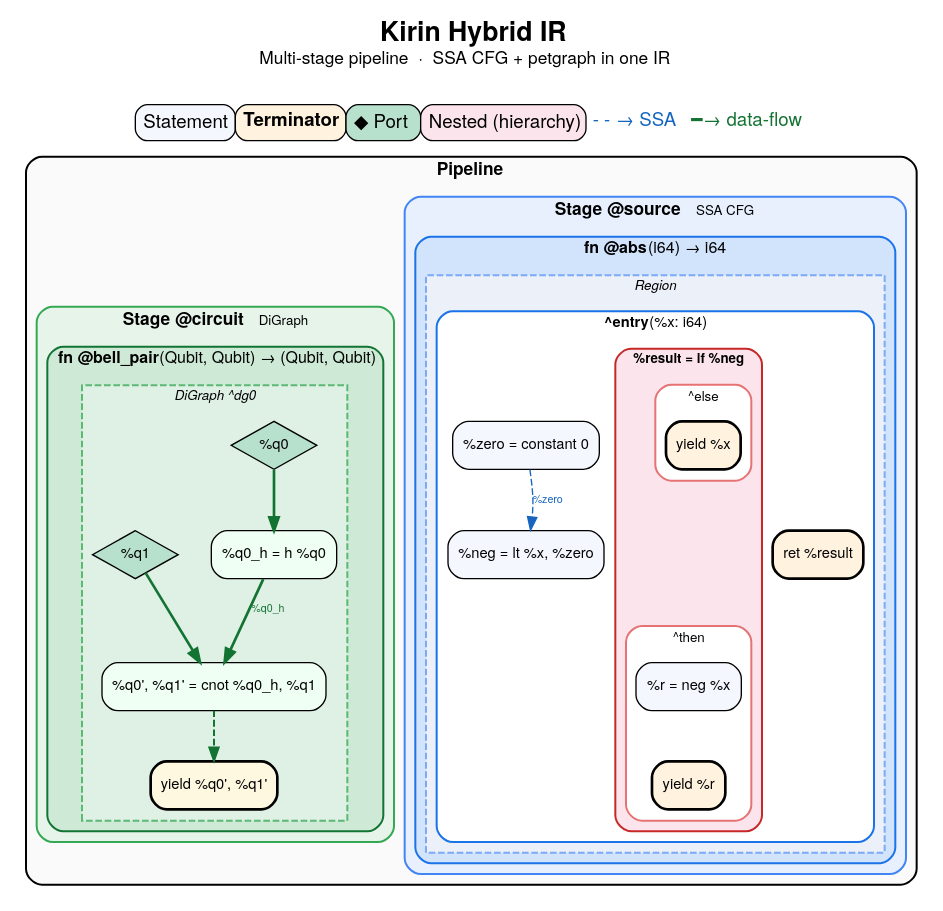
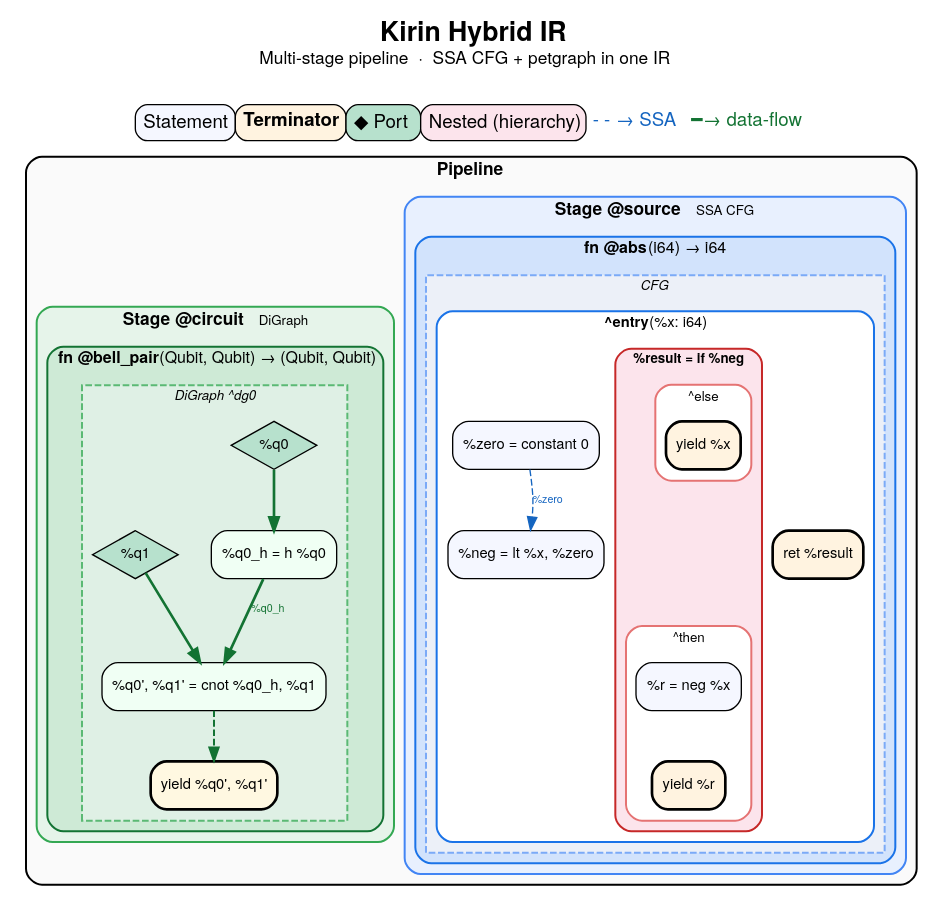
One commit to QuEraComputing/kirin changed the diagram in docs/design/hybrid_ir_visualization.dot. Above: the diagram before and after it, drawn with Graphviz. The commit also changed 129 other files, not shown here.

Commit message:
Refactor terminology from Region to Cfg across the codebase

```diff
--- a/docs/design/hybrid_ir_visualization.dot
+++ b/docs/design/hybrid_ir_visualization.dot
@@ -1,171 +1,171 @@
 // Kirin Hybrid IR — slide version
 // Render: dot -Tsvg docs/design/hybrid_ir_visualization.dot -o docs/design/hybrid_ir_visualization.svg
 //     or: dot -Tpng docs/design/hybrid_ir_visualization.dot -o docs/design/hybrid_ir_visualization.png -Gdpi=200
 digraph kirin {
     compound=true
     rankdir=TB
     fontname="Helvetica Neue"
     fontsize=14
     node [fontname="Helvetica Neue" fontsize=11]
     edge [fontname="Helvetica Neue" fontsize=9]
     newrank=true
     nodesep=0.35
     ranksep=0.5
     bgcolor="white"
 
     label=<
 <TABLE BORDER="0" CELLBORDER="0" CELLSPACING="0" CELLPADDING="0">
   <TR><TD><FONT POINT-SIZE="20"><B>Kirin Hybrid IR</B></FONT></TD></TR>
   <TR><TD><FONT POINT-SIZE="13" COLOR="#555">Multi-stage pipeline  ·  SSA CFG + petgraph in one IR</FONT></TD></TR>
   <TR><TD CELLPADDING="6"> </TD></TR>
   <TR><TD>
     <TABLE BORDER="0" CELLBORDER="1" CELLSPACING="0" CELLPADDING="5" COLOR="#ccc">
       <TR>
         <TD BGCOLOR="#f5f7ff" STYLE="ROUNDED">Statement</TD>
         <TD BGCOLOR="#fff3e0" STYLE="ROUNDED"><B>Terminator</B></TD>
         <TD BGCOLOR="#b7e1cd" STYLE="ROUNDED">◆ Port</TD>
         <TD BGCOLOR="#fce4ec" STYLE="ROUNDED">Nested (hierarchy)</TD>
         <TD BORDER="0"><FONT COLOR="#1565c0">- - → SSA</FONT>   <FONT COLOR="#137333">━→ data-flow</FONT></TD>
       </TR>
     </TABLE>
   </TD></TR>
 </TABLE>
 >
     labelloc=t
 
     // ==== PIPELINE ====
     subgraph cluster_pipeline {
         label=<<B>Pipeline</B>>
         style=rounded
         color="#bbb"
         bgcolor="#fafafa"
         penwidth=1.5
         fontsize=13
 
         // ==== STAGE @source ====
         subgraph cluster_source {
             label=<<FONT POINT-SIZE="13"><B>Stage @source</B></FONT>  <FONT POINT-SIZE="10" COLOR="#666">SSA CFG</FONT>>
             style="rounded,filled"
             fillcolor="#e8f0fe"
             color="#4285f4"
             penwidth=1.5
 
             subgraph cluster_fn_abs {
                 label=<<B>fn @abs</B>(i64) → i64>
                 style="rounded,filled"
                 fillcolor="#d2e3fc"
                 color="#1a73e8"
                 fontsize=12
 
-                subgraph cluster_region {
-                    label=<<I>Region</I>>
+                subgraph cluster_cfg {
+                    label=<<I>CFG</I>>
                     style="dashed,filled"
                     fillcolor="#ecf0f8"
                     color="#7baaf7"
                     fontsize=10
 
                     subgraph cluster_entry {
                         label=<<B>^entry</B>(%x: i64)>
                         style="rounded,filled"
                         fillcolor="white"
                         color="#1a73e8"
                         fontsize=11
 
                         s0 [shape=Mrecord style=filled fillcolor="#f5f7ff"
                             label="%zero = constant 0"]
                         s1 [shape=Mrecord style=filled fillcolor="#f5f7ff"
                             label="%neg = lt %x, %zero"]
 
                         subgraph cluster_if {
                             label=<<B>%result = if %neg</B>>
                             style="rounded,filled"
                             fillcolor="#fce4ec"
                             color="#c62828"
                             fontsize=10
 
                             subgraph cluster_then {
                                 label=<^then>
                                 style="rounded,filled"
                                 fillcolor="white"
                                 color="#e57373"
                                 fontsize=10
 
                                 t0 [shape=Mrecord style=filled fillcolor="#f5f7ff"
                                     label="%r = neg %x"]
                                 t1 [shape=Mrecord style="filled,bold" fillcolor="#fff3e0"
                                     label="yield %r"]
                                 t0 -> t1 [style=invis weight=10]
                             }
 
                             subgraph cluster_else {
                                 label=<^else>
                                 style="rounded,filled"
                                 fillcolor="white"
                                 color="#e57373"
                                 fontsize=10
 
                                 e0 [shape=Mrecord style="filled,bold" fillcolor="#fff3e0"
                                     label="yield %x"]
                             }
                         }
 
                         s2 [shape=Mrecord style="filled,bold" fillcolor="#fff3e0"
                             label="ret %result"]
 
                         s0 -> s1 [style=invis weight=10]
                         s1 -> t0 [style=invis weight=8]
                         e0 -> s2 [style=invis weight=8]
                     }
                 }
             }
 
             // SSA edge
             s0 -> s1 [style=dashed color="#1565c0" constraint=false
                 label=<<FONT COLOR="#1565c0" POINT-SIZE="8">%zero</FONT>>]
         }
 
         // ==== STAGE @circuit ====
         subgraph cluster_circuit {
             label=<<FONT POINT-SIZE="13"><B>Stage @circuit</B></FONT>  <FONT POINT-SIZE="10" COLOR="#666">DiGraph</FONT>>
             style="rounded,filled"
             fillcolor="#e6f4ea"
             color="#34a853"
             penwidth=1.5
 
             subgraph cluster_fn_bell {
                 label=<<B>fn @bell_pair</B>(Qubit, Qubit) → (Qubit, Qubit)>
                 style="rounded,filled"
                 fillcolor="#ceead6"
                 color="#137333"
                 fontsize=12
 
                 subgraph cluster_dg {
                     label=<<I>DiGraph ^dg0</I>>
                     style="dashed,filled"
                     fillcolor="#dff0e5"
                     color="#5bb974"
                     fontsize=10
 
                     port_q0 [shape=diamond style=filled fillcolor="#b7e1cd"
                         label="%q0" width=0.6 height=0.5]
                     port_q1 [shape=diamond style=filled fillcolor="#b7e1cd"
                         label="%q1" width=0.6 height=0.5]
 
                     g_h [shape=Mrecord style=filled fillcolor="#f0fff4"
                         label="%q0_h = h %q0"]
                     g_cx [shape=Mrecord style=filled fillcolor="#f0fff4"
                         label="%q0', %q1' = cnot %q0_h, %q1"]
                     g_y [shape=Mrecord style="filled,bold" fillcolor="#fff8e1"
                         label="yield %q0', %q1'"]
 
                     port_q0 -> g_h [color="#137333" penwidth=2]
                     port_q1 -> g_cx [color="#137333" penwidth=2]
                     g_h -> g_cx [color="#137333" penwidth=2
                         label=<<FONT POINT-SIZE="8" COLOR="#137333">%q0_h</FONT>>]
                     g_cx -> g_y [color="#137333" penwidth=1.5 style=dashed]
                 }
             }
         }
     }
 
 }
```
